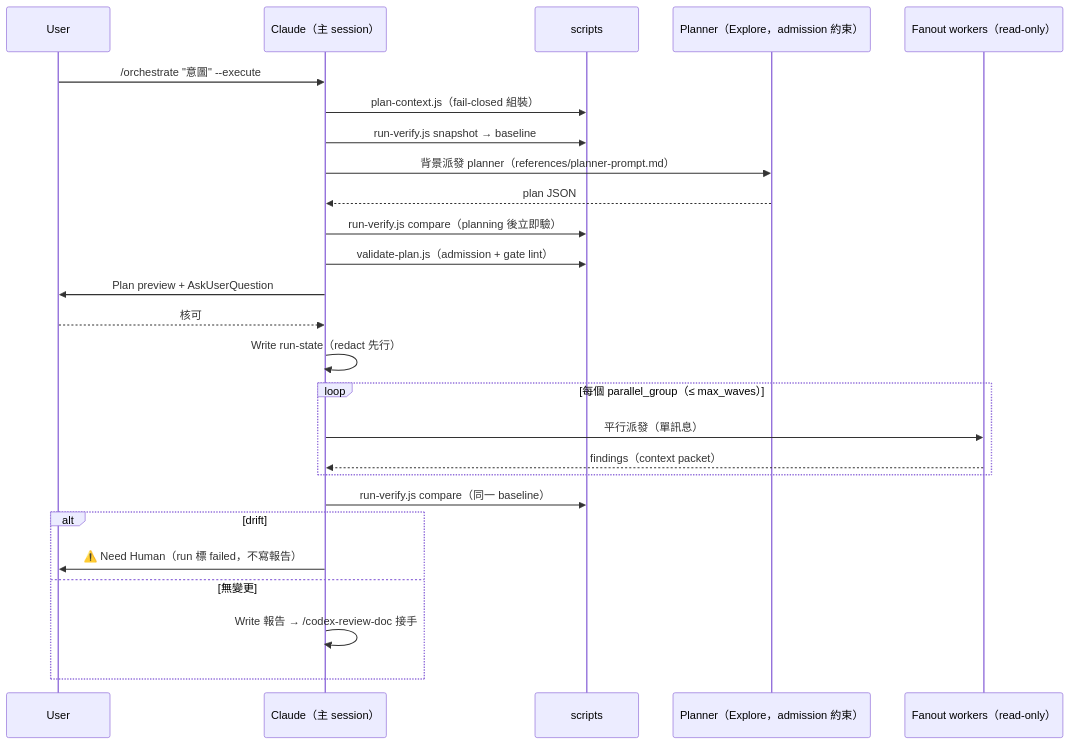
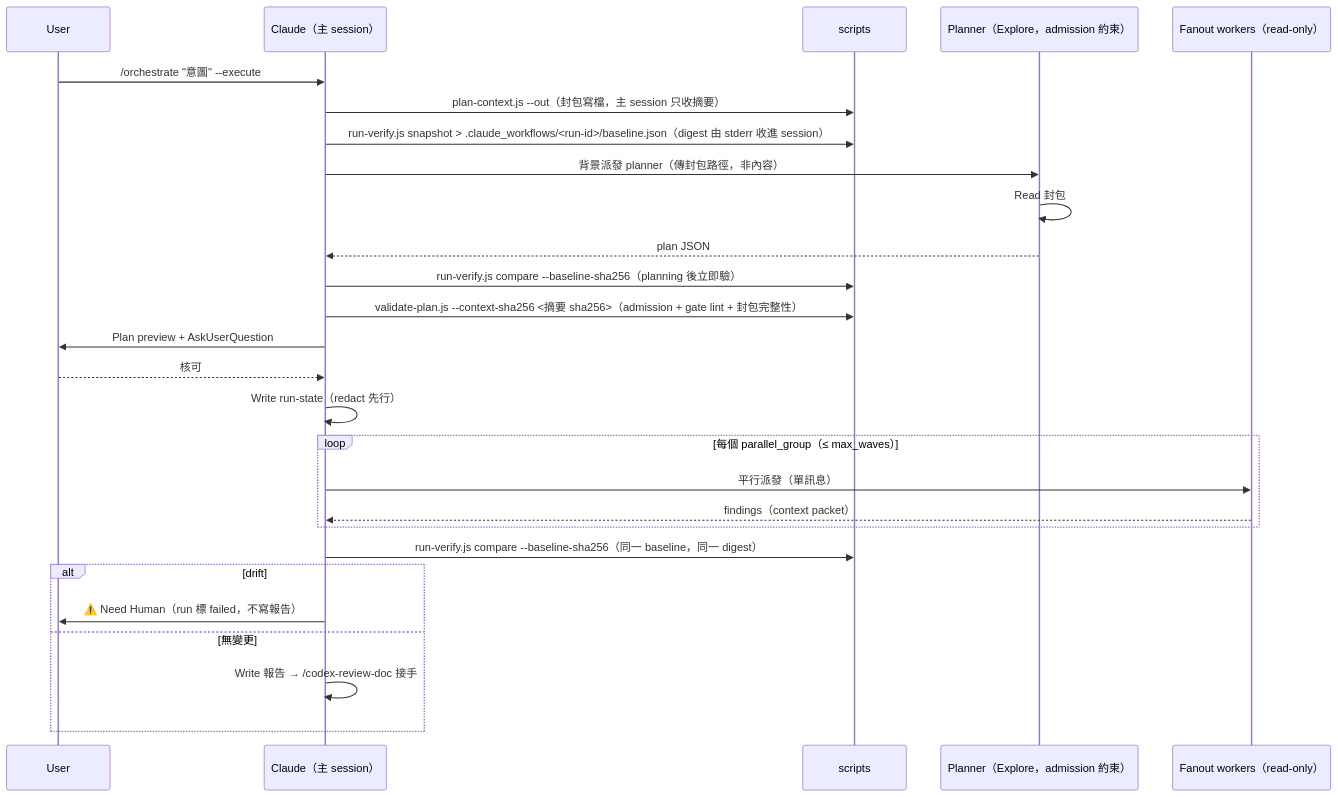
The diagram in skills/orchestrate/SKILL.md (sd0xdev/sd0x-dev-flow), drawn with Mermaid before and after one commit. The commit also changed other lines of this file and 87 other files, not shown here.

````diff
--- a/skills/orchestrate/SKILL.md
+++ b/skills/orchestrate/SKILL.md
@@ -34,28 +35,29 @@
 ```mermaid
 sequenceDiagram
     participant U as User
     participant C as Claude（主 session）
     participant S as scripts
     participant P as Planner（Explore，admission 約束）
     participant W as Fanout workers（read-only）
     U->>C: /orchestrate "意圖" --execute
-    C->>S: plan-context.js（fail-closed 組裝）
-    C->>S: run-verify.js snapshot → baseline
-    C->>P: 背景派發 planner（references/planner-prompt.md）
+    C->>S: plan-context.js --out（封包寫檔，主 session 只收摘要）
+    C->>S: run-verify.js snapshot > .claude_workflows/<run-id>/baseline.json（digest 由 stderr 收進 session）
+    C->>P: 背景派發 planner（傳封包路徑，非內容）
+    P->>P: Read 封包
     P-->>C: plan JSON
-    C->>S: run-verify.js compare（planning 後立即驗）
-    C->>S: validate-plan.js（admission + gate lint）
+    C->>S: run-verify.js compare --baseline-sha256（planning 後立即驗）
+    C->>S: validate-plan.js --context-sha256 <摘要 sha256>（admission + gate lint + 封包完整性）
     C->>U: Plan preview + AskUserQuestion
     U-->>C: 核可
     C->>C: Write run-state（redact 先行）
     loop 每個 parallel_group（≤ max_waves）
         C->>W: 平行派發（單訊息）
         W-->>C: findings（context packet）
     end
-    C->>S: run-verify.js compare（同一 baseline）
+    C->>S: run-verify.js compare --baseline-sha256（同一 baseline，同一 digest）
     alt drift
         C->>U: ⚠️ Need Human（run 標 failed，不寫報告）
     else 無變更
         C->>C: Write 報告 → /codex-review-doc 接手
     end
 ```
````
